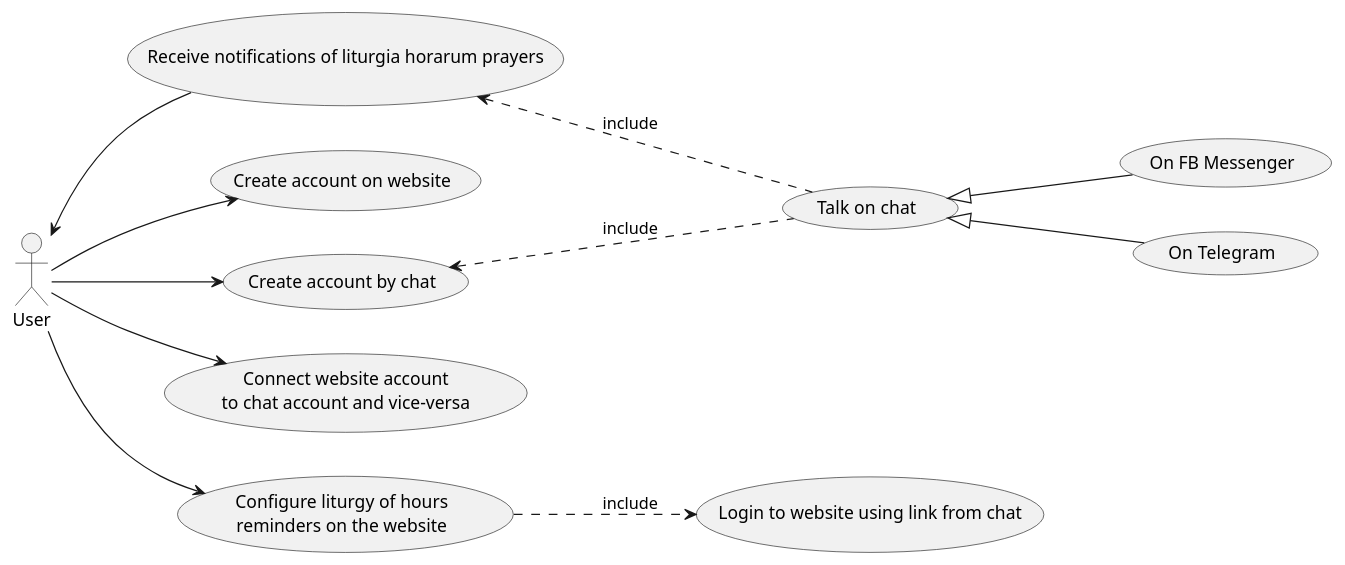
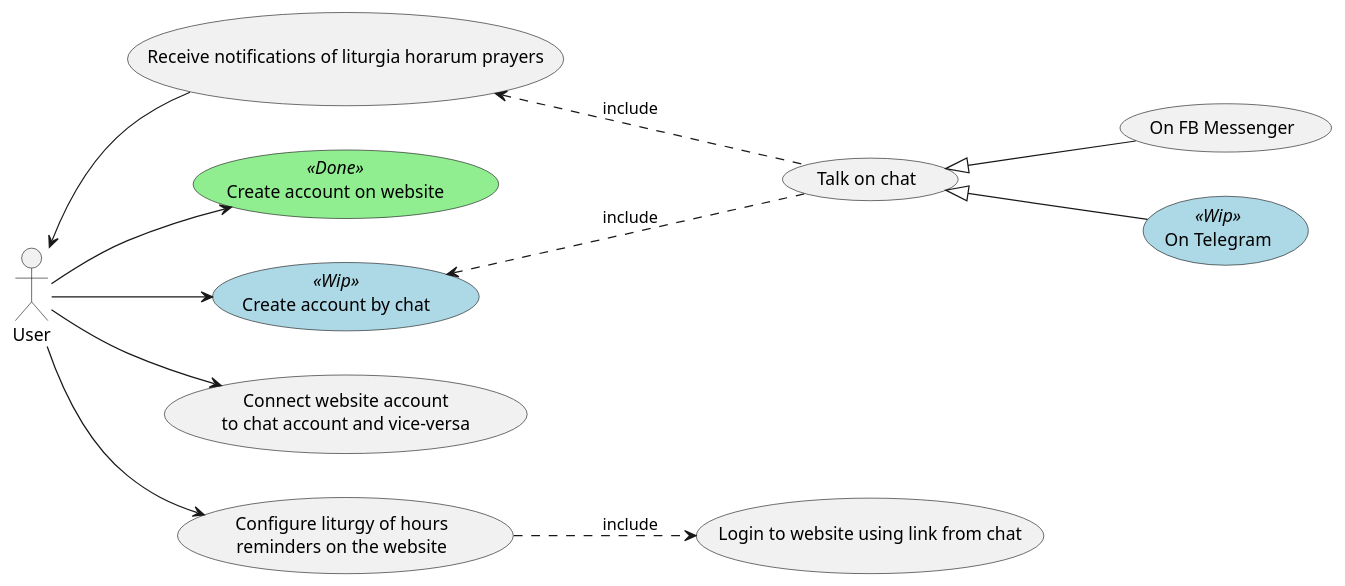
One commit to Jblew/prioratus changed the diagram in doc/uml/use-cases.plantuml. Above: the diagram before and after it, drawn with PlantUML.

Commit message:
feat: project state usecases

```diff
--- a/doc/uml/use-cases.plantuml
+++ b/doc/uml/use-cases.plantuml
@@ -1,23 +1,30 @@
 @startuml usecases
 left to right direction
-skinparam packageStyle rectangle
+
+skinparam usecase {
+    BackgroundColor<< Done >> LightGreen
+    BackgroundColor<< Wip >> LightBlue
+}
 
 usecase "Talk on chat" as UCTalkChat
-UCTalkChat <|-- (On FB Messenger)
-UCTalkChat <|-- (On Telegram)
+usecase UCChatMessenger as "On FB Messenger"
+UCTalkChat <|-- UCChatMessenger
+usecase UCChatTelegram as "On Telegram" << Wip >>
+UCTalkChat <|-- UCChatTelegram
 
 usecase "Receive notifications of liturgia horarum prayers" as UCReceive
 UCReceive <-. UCTalkChat :include
 :User: <-- UCReceive
-:User: --> (Create account on website)
-usecase "Create account by chat" as UCAccountChat
+usecase UCCreateAccountWebsite as "Create account on website" << Done >>
+:User: --> UCCreateAccountWebsite
+usecase "Create account by chat" as UCAccountChat << Wip >>
 UCAccountChat <-. UCTalkChat :include
 :User: --> UCAccountChat
 usecase UCConnectAccounts as "Connect website account 
 to chat account and vice-versa"
 :User: --> UCConnectAccounts
 usecase UCConfigureLOH as "Configure liturgy of hours
 reminders on the website" 
 :User: --> UCConfigureLOH
 UCConfigureLOH .-> (Login to website using link from chat) :include
 @enduml
```
